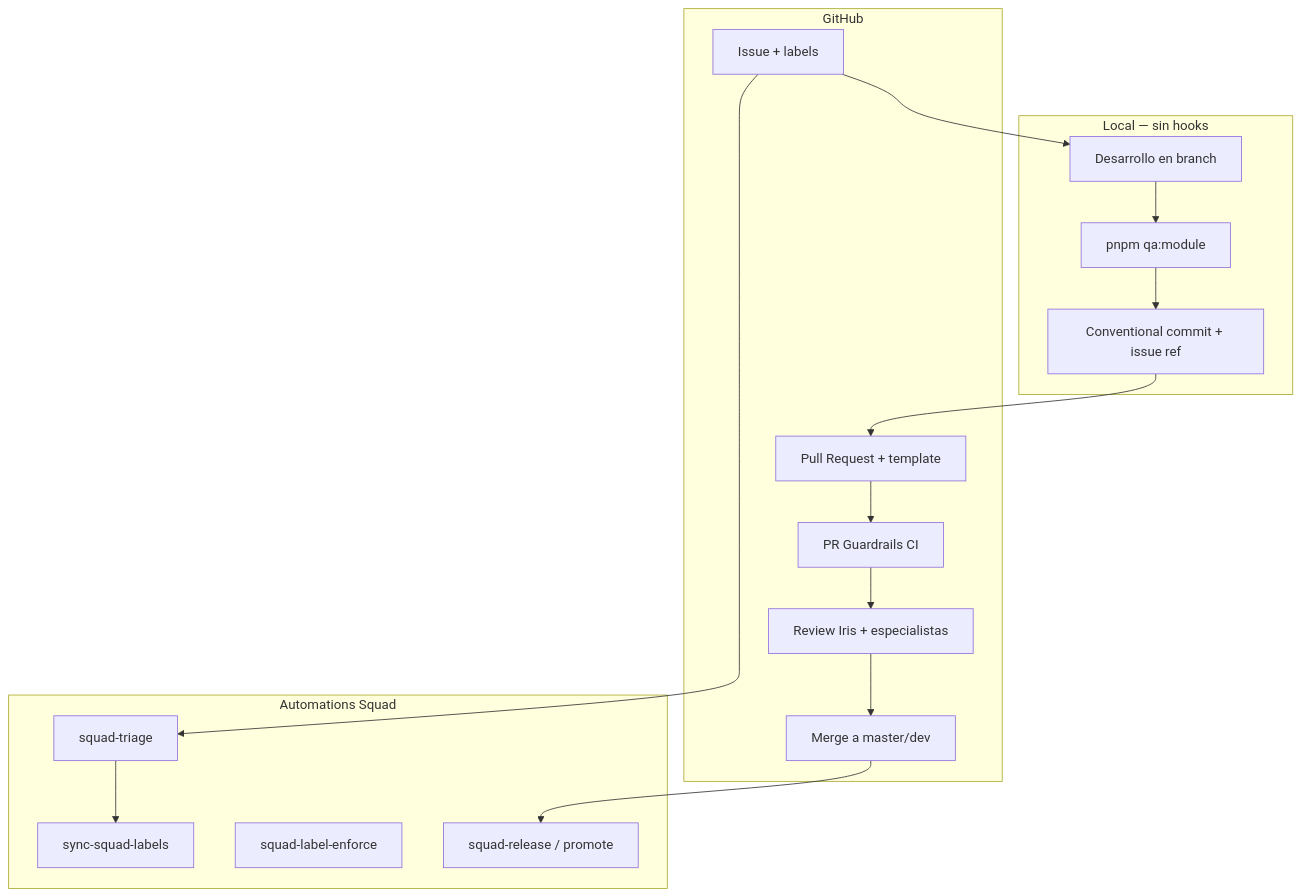
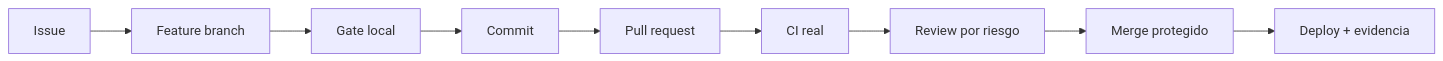
The diagram in .kiro/skills/git-workflow/reference.md (drosales10/evoting), drawn with Mermaid before and after one commit. The commit also changed other lines of this file and 12 other files, not shown here.

````diff
--- a/.kiro/skills/git-workflow/reference.md
+++ b/.kiro/skills/git-workflow/reference.md
@@ -7,28 +7,11 @@
 ```mermaid
-flowchart TB
-  subgraph local [Local — sin hooks]
-    DEV["Desarrollo en branch"]
-    QA["pnpm qa:module"]
-    COMMIT["Conventional commit + issue ref"]
-  end
-
-  subgraph github [GitHub]
-    ISSUE["Issue + labels"]
-    PR["Pull Request + template"]
-    GUARD["PR Guardrails CI"]
-    REVIEW["Review Iris + especialistas"]
-    MERGE["Merge a master/dev"]
-  end
-
-  subgraph squad_auto [Automations Squad]
-    TRIAGE["squad-triage"]
-    LABELS["sync-squad-labels"]
-    ENFORCE["squad-label-enforce"]
-    RELEASE["squad-release / promote"]
-  end
-
-  ISSUE --> DEV --> QA --> COMMIT --> PR
-  PR --> GUARD --> REVIEW --> MERGE
-  ISSUE --> TRIAGE --> LABELS
-  MERGE --> RELEASE
+flowchart LR
+  ISSUE[Issue] --> BRANCH[Feature branch]
+  BRANCH --> LOCAL[Gate local]
+  LOCAL --> COMMIT[Commit]
+  COMMIT --> PR[Pull request]
+  PR --> CI[CI real]
+  CI --> REVIEW[Review por riesgo]
+  REVIEW --> MERGE[Merge protegido]
+  MERGE --> DEPLOY[Deploy + evidencia]
 ```
````
